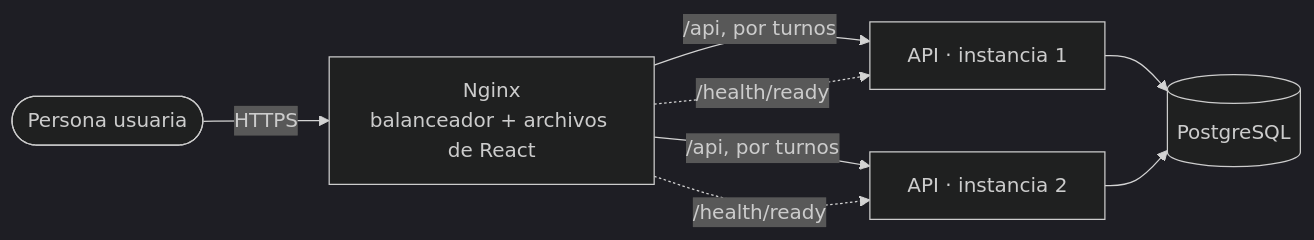
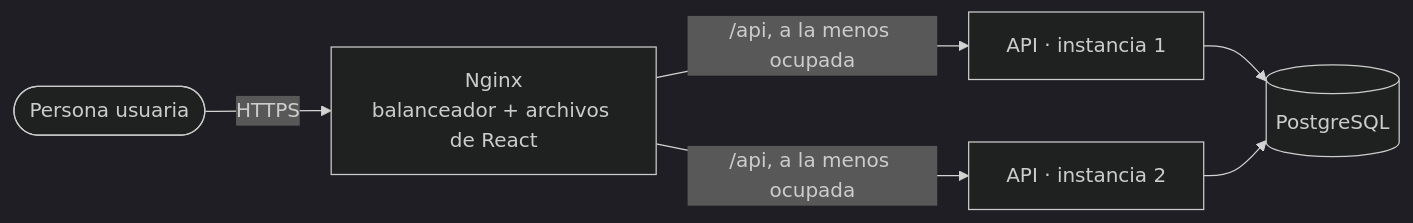
Before and after one commit to RicardoPR2107/Simplify: the first of 2 diagrams in docs/arquitectura.md, drawn with Mermaid (dark theme). The commit also changed other lines of this file and 20 other files, not shown here.

````diff
--- a/docs/arquitectura.md
+++ b/docs/arquitectura.md
@@ -7,10 +7,8 @@
 ```mermaid
 flowchart LR
     U([Persona usuaria]) -->|HTTPS| N[Nginx<br/>balanceador + archivos de React]
-    N -->|/api, por turnos| A1[API · instancia 1]
-    N -->|/api, por turnos| A2[API · instancia 2]
+    N -->|/api, a la menos ocupada| A1[API · instancia 1]
+    N -->|/api, a la menos ocupada| A2[API · instancia 2]
     A1 --> DB[(PostgreSQL)]
     A2 --> DB
-    N -. /health/ready .-> A1
-    N -. /health/ready .-> A2
 ```
````
